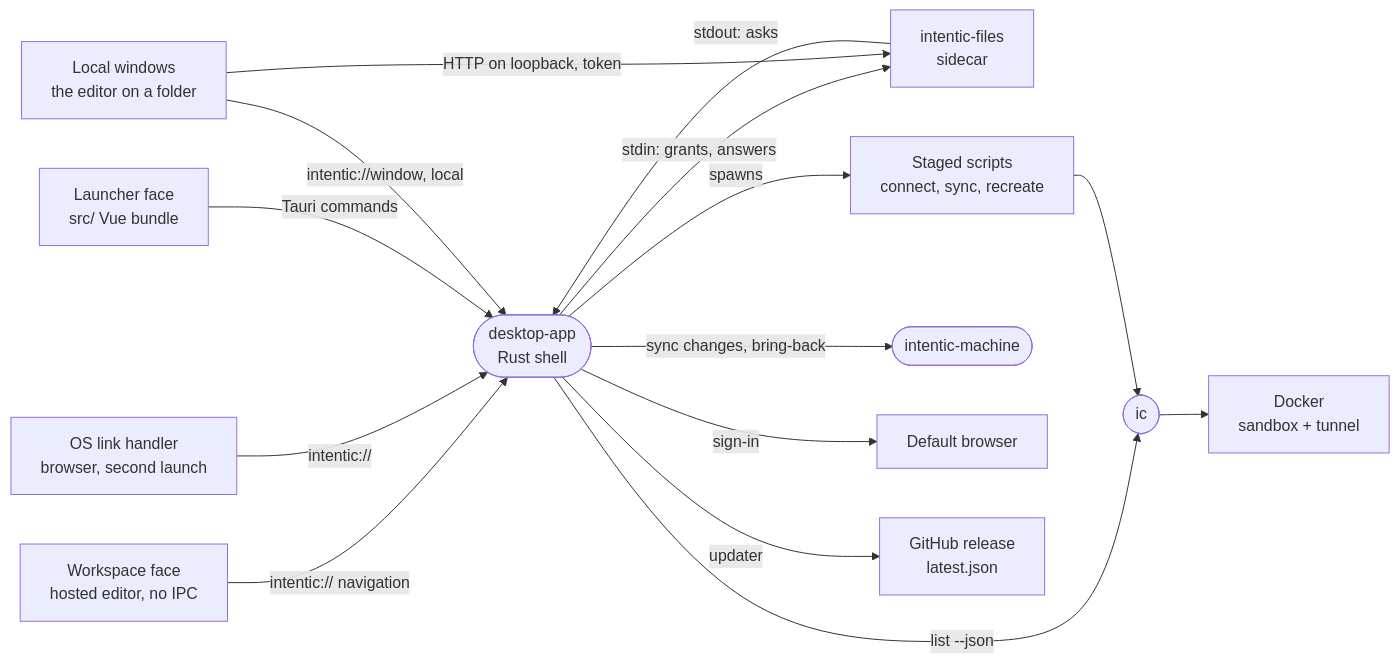
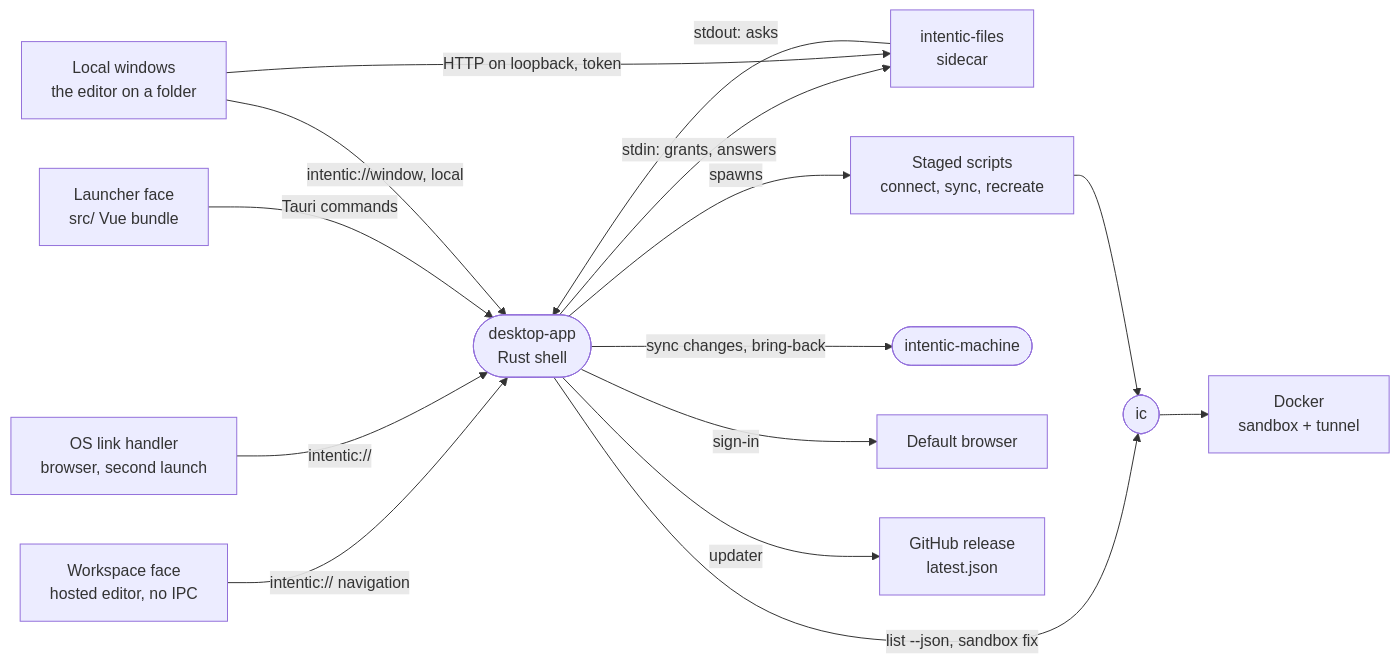
One commit to intentic/intentic changed the diagram in _editor/desktop-app/README.md. Above: the diagram before and after it, drawn with Mermaid. The commit also changed other lines of this file and 146 other files, not shown here.

````diff
--- a/_editor/desktop-app/README.md
+++ b/_editor/desktop-app/README.md
@@ -5,17 +5,17 @@
 ```mermaid
 flowchart LR
     spa["Workspace face<br/>hosted editor, no IPC"] -->|"intentic:// navigation"| app(["desktop-app<br/>Rust shell"])
     os["OS link handler<br/>browser, second launch"] -->|"intentic://"| app
     launcher["Launcher face<br/>src/ Vue bundle"] -->|"Tauri commands"| app
     local["Local windows<br/>the editor on a folder"] -->|"intentic://window, local"| app
     app -->|"stdin: grants, answers"| files["intentic-files<br/>sidecar"]
     files -->|"stdout: asks"| app
     local -->|"HTTP on loopback, token"| files
     app -->|"spawns"| scripts["Staged scripts<br/>connect, sync, recreate"]
     app -->|"sync changes, bring-back"| machine(["intentic-machine"])
-    app -->|"list --json"| ic(["ic"])
+    app -->|"list --json, sandbox fix"| ic(["ic"])
     scripts --> ic
     ic --> docker["Docker<br/>sandbox + tunnel"]
     app -->|"sign-in"| browser["Default browser"]
     app -->|"updater"| release["GitHub release<br/>latest.json"]
 ```
````
